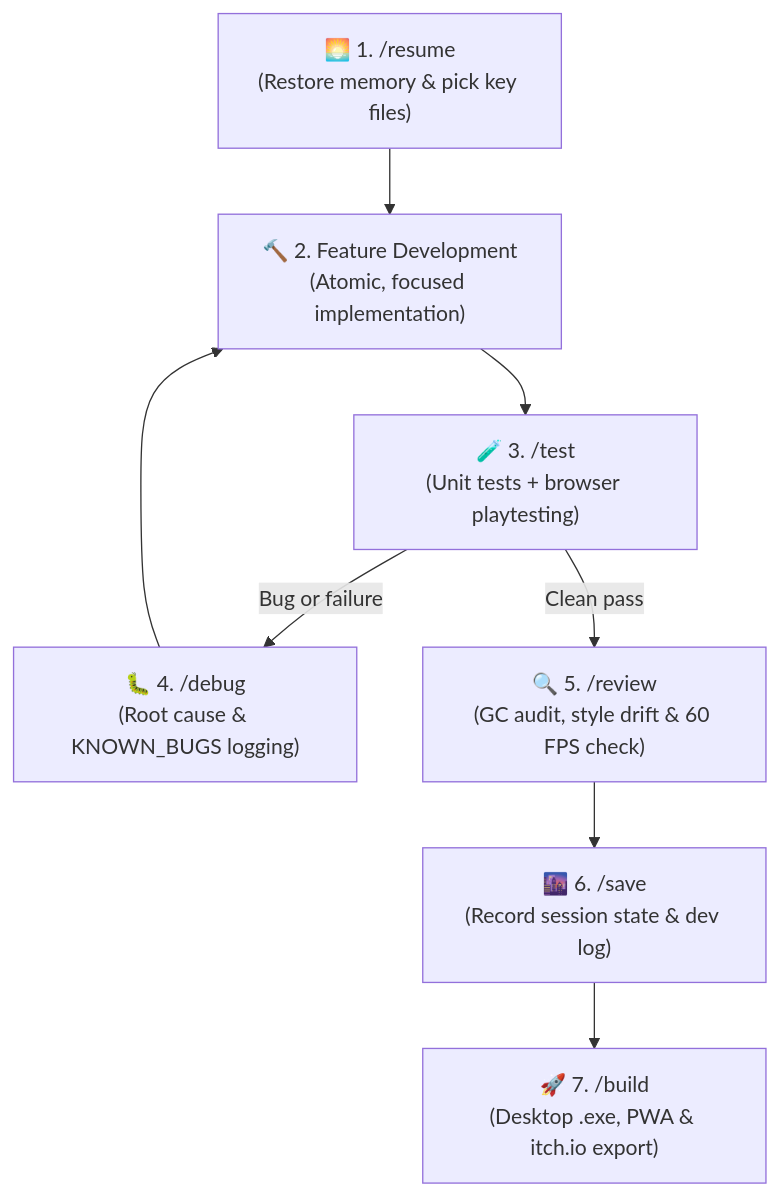
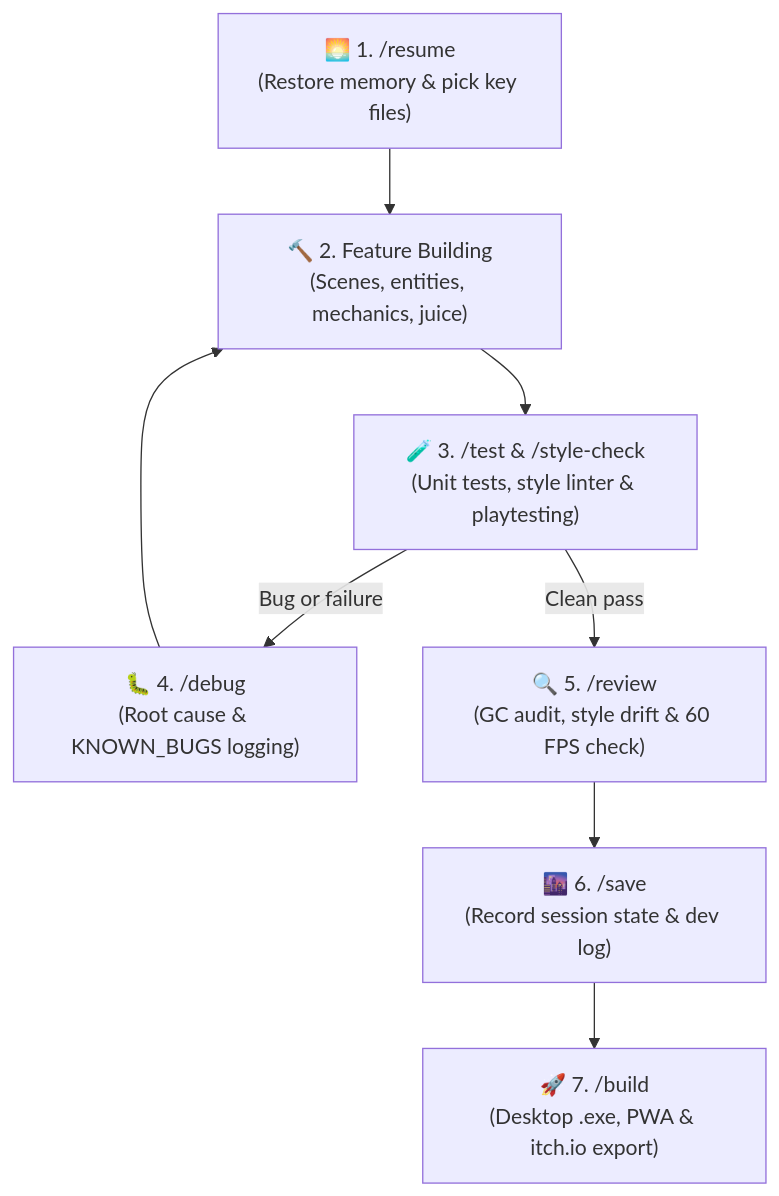
Before and after one commit to Samrude1/Agentic-games-template: the diagram in README.md, drawn with Mermaid. The commit also changed other lines of this file, not shown here.

````diff
--- a/README.md
+++ b/README.md
@@ -31,10 +33,10 @@
 ```mermaid
 graph TD
-    A["🌅 1. /resume<br/>(Restore memory & pick key files)"] --> B["🔨 2. Feature Development<br/>(Atomic, focused implementation)"]
-    B --> C["🧪 3. /test<br/>(Unit tests + browser playtesting)"]
+    A["🌅 1. /resume<br/>(Restore memory & pick key files)"] --> B["🔨 2. Feature Building<br/>(Scenes, entities, mechanics, juice)"]
+    B --> C["🧪 3. /test & /style-check<br/>(Unit tests, style linter & playtesting)"]
     C -- Bug or failure --> D["🐛 4. /debug<br/>(Root cause & KNOWN_BUGS logging)"]
     D --> B
     C -- Clean pass --> E["🔍 5. /review<br/>(GC audit, style drift & 60 FPS check)"]
     E --> F["🌆 6. /save<br/>(Record session state & dev log)"]
     F --> G["🚀 7. /build<br/>(Desktop .exe, PWA & itch.io export)"]
 ```
````
